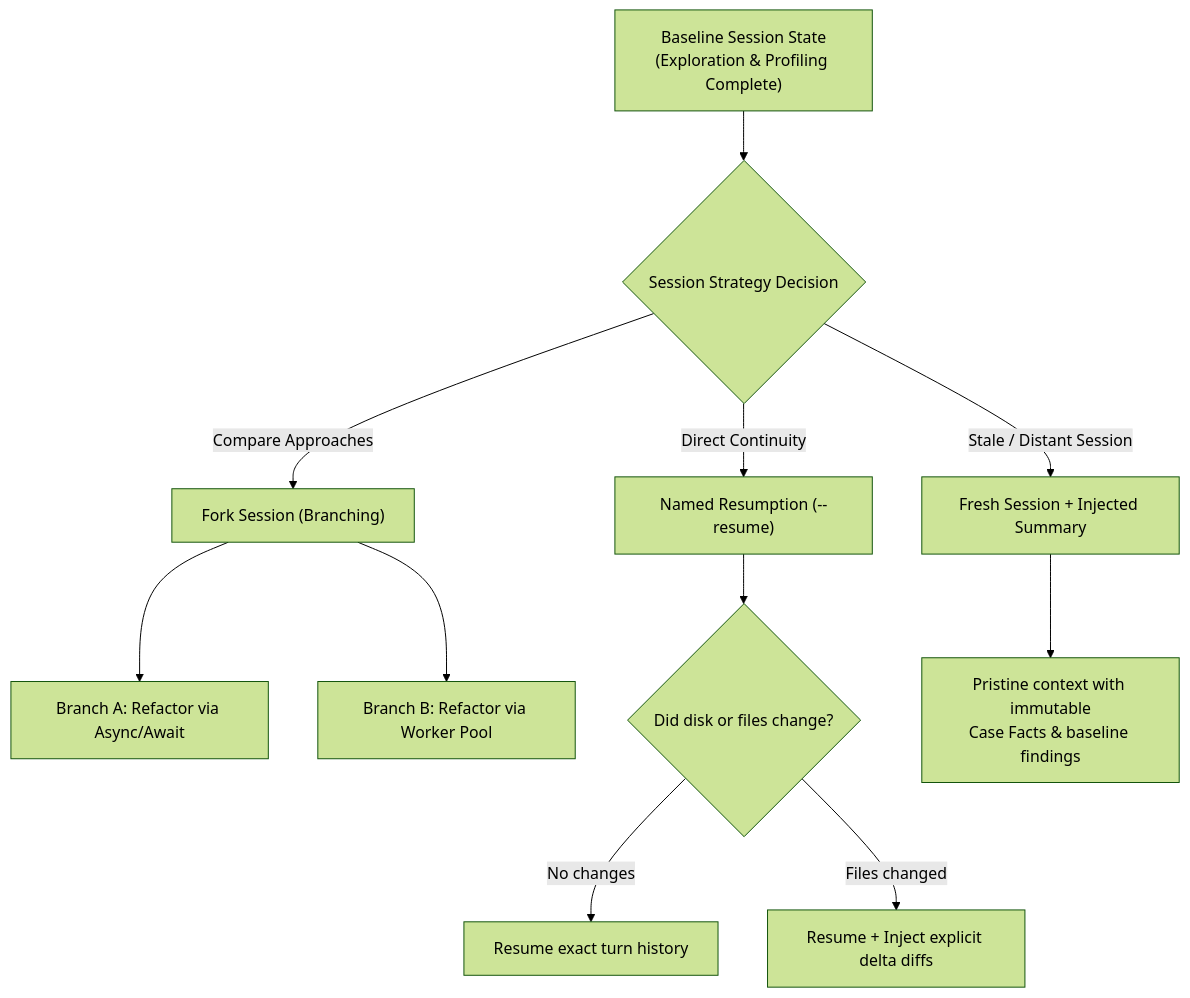
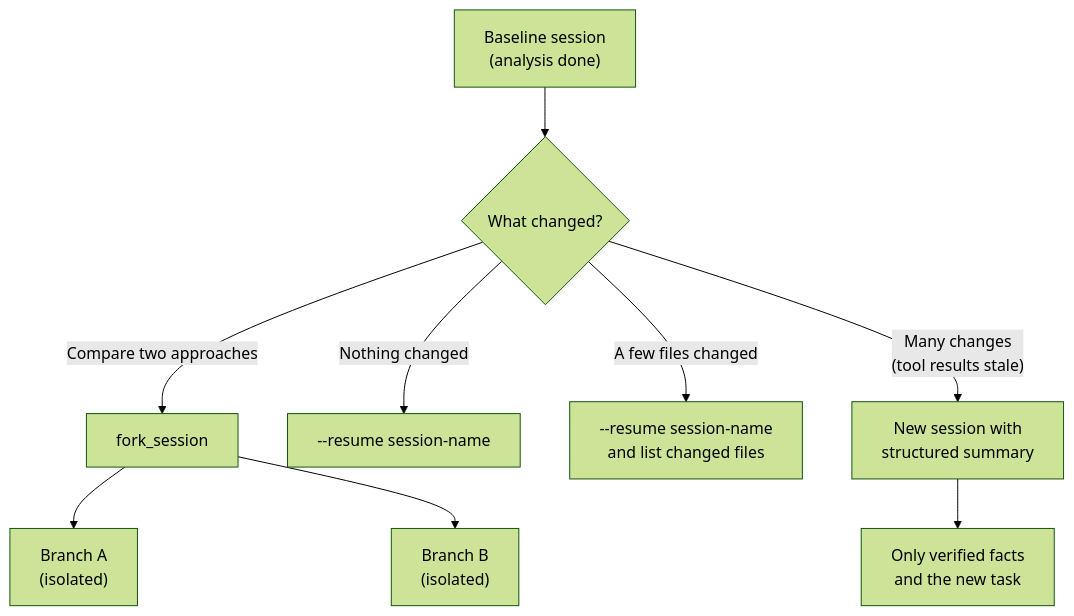
One commit to dip4k/claude_cert_architect_foundation_prep changed the diagram in domain1/ts_1_7_session_management/README.md. Above: the diagram before and after it, drawn with Mermaid (forest theme). The commit also changed other lines of this file and 133 other files, not shown here.

````diff
--- a/domain1/ts_1_7_session_management/README.md
+++ b/domain1/ts_1_7_session_management/README.md
@@ -71,18 +88,14 @@
 ```mermaid
 flowchart TD
-    BaseSession["Baseline Session State<br>(Exploration & Profiling Complete)"]
-    
-    BaseSession --> BranchChoice{"Session Strategy Decision"}
-    
-    BranchChoice -->|"Compare Approaches"| ForkFlow["Fork Session (Branching)"]
-    ForkFlow --> BranchA["Branch A: Refactor via Async/Await"]
-    ForkFlow --> BranchB["Branch B: Refactor via Worker Pool"]
-    
-    BranchChoice -->|"Direct Continuity"| ResumeFlow["Named Resumption (--resume)"]
-    ResumeFlow --> DeltaCheck{"Did disk or files change?"}
-    DeltaCheck -->|"No changes"| ExactResume["Resume exact turn history"]
-    DeltaCheck -->|"Files changed"| InjectDeltas["Resume + Inject explicit delta diffs"]
-    
-    BranchChoice -->|"Stale / Distant Session"| FreshSummaryFlow["Fresh Session + Injected Summary"]
-    FreshSummaryFlow --> NewCleanTurn["Pristine context with immutable<br>Case Facts & baseline findings"]
+    Base["Baseline session<br>(analysis done)"] --> Choice{"What changed?"}
+
+    Choice -->|"Compare two approaches"| Fork["fork_session"]
+    Fork --> A["Branch A<br>(isolated)"]
+    Fork --> B["Branch B<br>(isolated)"]
+
+    Choice -->|"Nothing changed"| Resume["--resume session-name"]
+    Choice -->|"A few files changed"| ResumeInform["--resume session-name<br>and list changed files"]
+
+    Choice -->|"Many changes<br>(tool results stale)"| Fresh["New session with<br>structured summary"]
+    Fresh --> Clean["Only verified facts<br>and the new task"]
 ```
````
